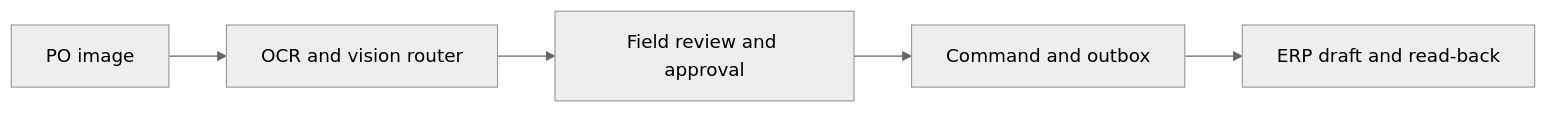
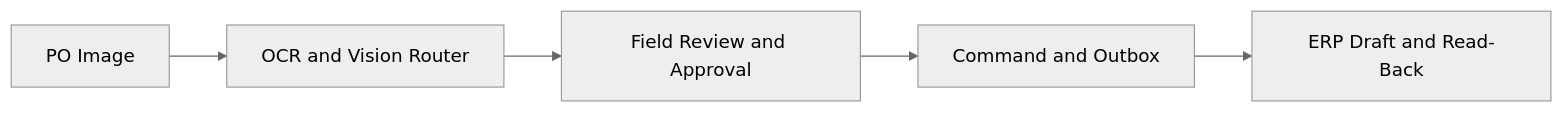
Before and after one commit to Doooo4love/sme-aios-demo: the fourth of 4 diagrams in README.md, drawn with Mermaid (neutral theme). The commit also changed other lines of this file and 29 other files, not shown here.

````diff
--- a/README.md
+++ b/README.md
@@ -358,7 +299,7 @@
 ```mermaid
 flowchart LR
-    A["PO image"] --> B["OCR and vision router"]
-    B --> C["Field review and approval"]
-    C --> D["Command and outbox"]
-    D --> E["ERP draft and read-back"]
+    A["PO Image"] --> B["OCR and Vision Router"]
+    B --> C["Field Review and Approval"]
+    C --> D["Command and Outbox"]
+    D --> E["ERP Draft and Read-Back"]
 ```
````
